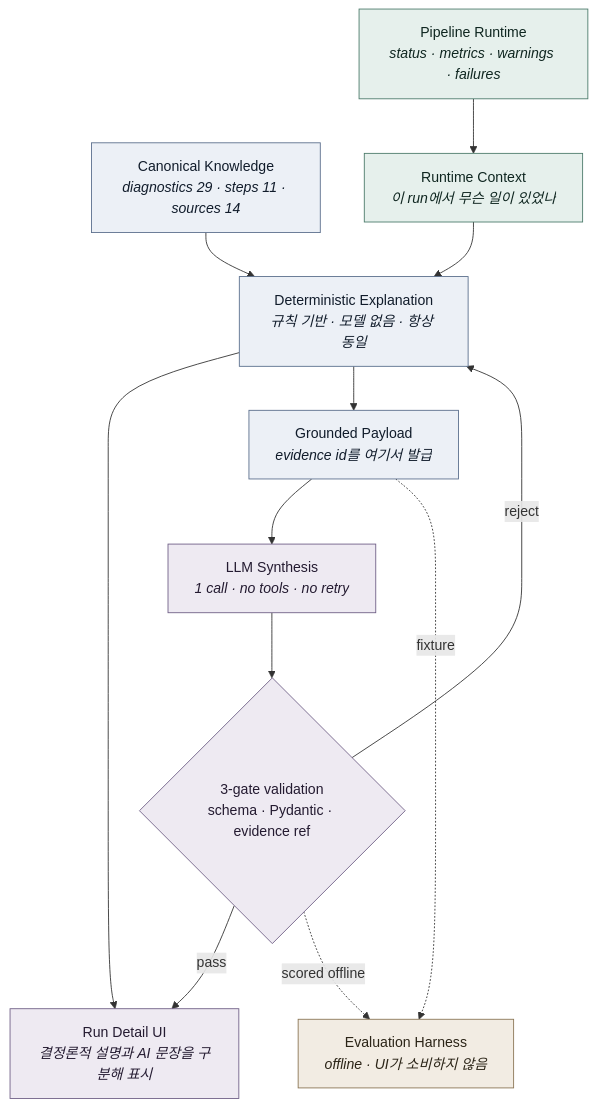
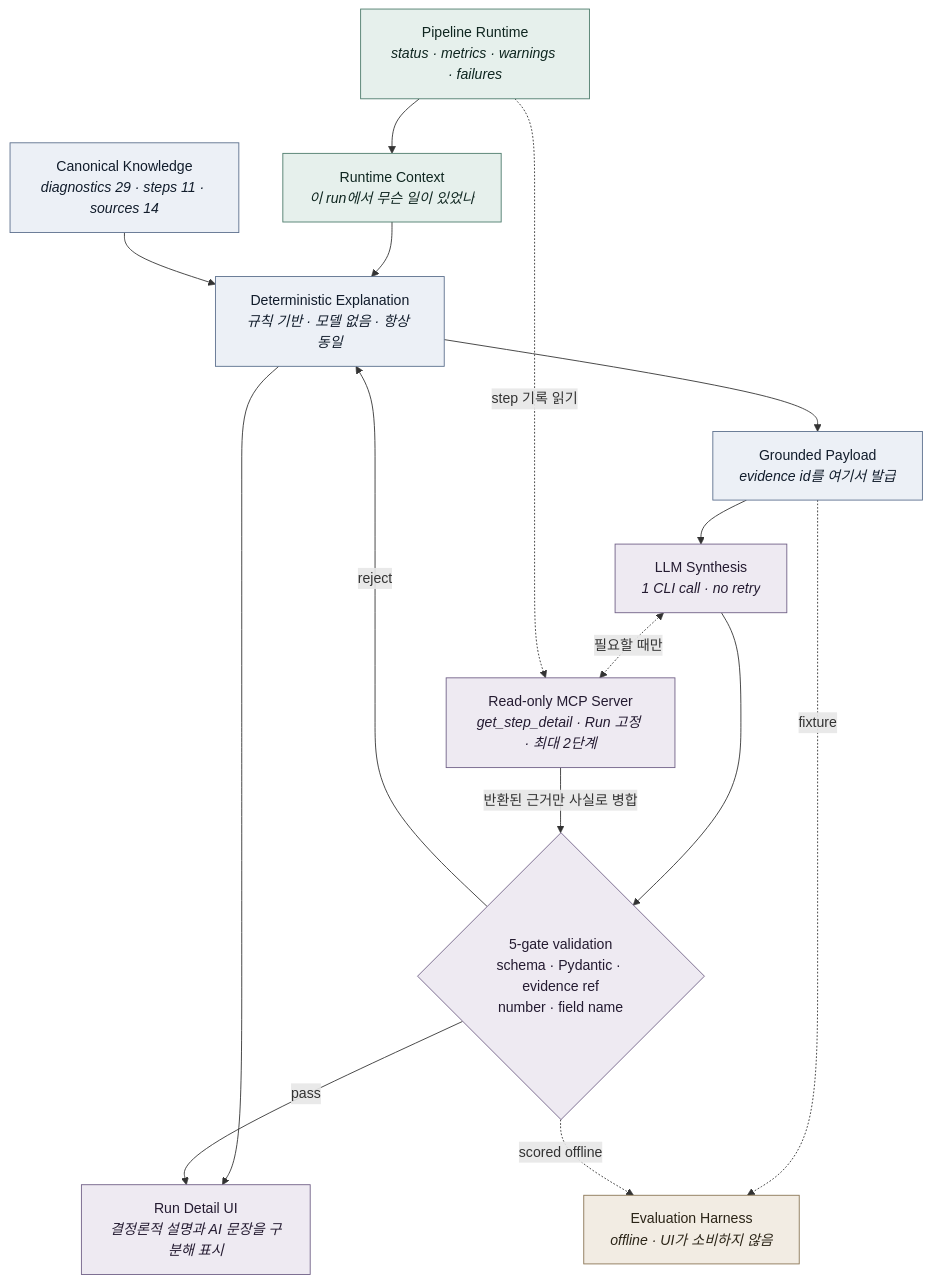
The fourth of 4 diagrams in README.md (hgkim1598/wes-pipeline-web), drawn with Mermaid before and after one commit. The commit also changed other lines of this file, not shown here.

````diff
--- a/README.md
+++ b/README.md
@@ -218,31 +224,35 @@
 ```mermaid
 flowchart TB
     RT["Pipeline Runtime<br/><i>status · metrics · warnings · failures</i>"]
     KN["Canonical Knowledge<br/><i>diagnostics 29 · steps 11 · sources 14</i>"]
 
     CTX["Runtime Context<br/><i>이 run에서 무슨 일이 있었나</i>"]
     DET["Deterministic Explanation<br/><i>규칙 기반 · 모델 없음 · 항상 동일</i>"]
     PAY["Grounded Payload<br/><i>evidence id를 여기서 발급</i>"]
-    LLM["LLM Synthesis<br/><i>1 call · no tools · no retry</i>"]
-    GATE{"3-gate validation<br/>schema · Pydantic · evidence ref"}
+    LLM["LLM Synthesis<br/><i>1 CLI call · no retry</i>"]
+    MCP["Read-only MCP Server<br/><i>get_step_detail · Run 고정 · 최대 2단계</i>"]
+    GATE{"5-gate validation<br/>schema · Pydantic · evidence ref<br/>number · field name"}
     UI["Run Detail UI<br/><i>결정론적 설명과 AI 문장을 구분해 표시</i>"]
     EV["Evaluation Harness<br/><i>offline · UI가 소비하지 않음</i>"]
 
     RT --> CTX --> DET
     KN --> DET
     DET --> UI
     DET --> PAY --> LLM --> GATE
+    LLM <-.->|"필요할 때만"| MCP
+    RT -.->|"step 기록 읽기"| MCP
+    MCP -->|"반환된 근거만 사실로 병합"| GATE
     GATE -->|pass| UI
     GATE -->|reject| DET
     PAY -.fixture.-> EV
     GATE -.scored offline.-> EV
 
     classDef fact fill:#e6f0ec,stroke:#4b7a6a,color:#0f2620
     classDef know fill:#ecf0f6,stroke:#5a6e8c,color:#111c2b
     classDef ai   fill:#eeeaf2,stroke:#6f5f86,color:#241b31
     classDef ev   fill:#f2ece3,stroke:#8a7554,color:#2b2417
     class RT,CTX fact
     class KN,DET,PAY know
-    class LLM,GATE,UI ai
+    class LLM,MCP,GATE,UI ai
     class EV ev
 ```
````
